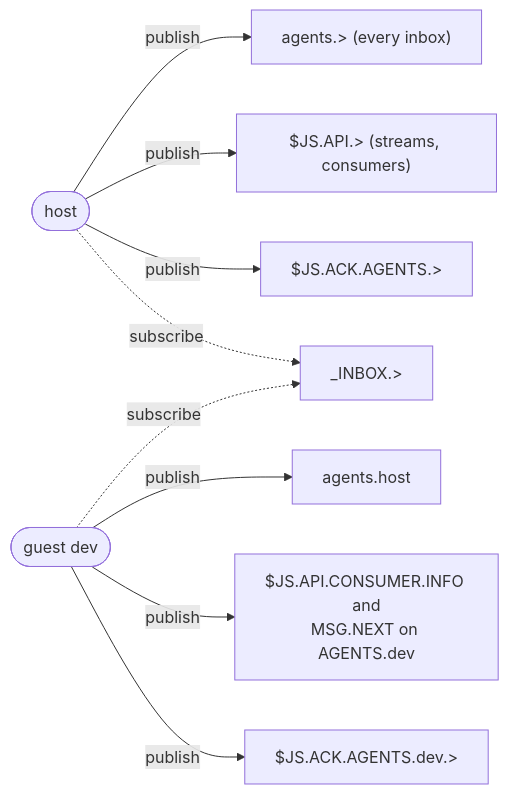
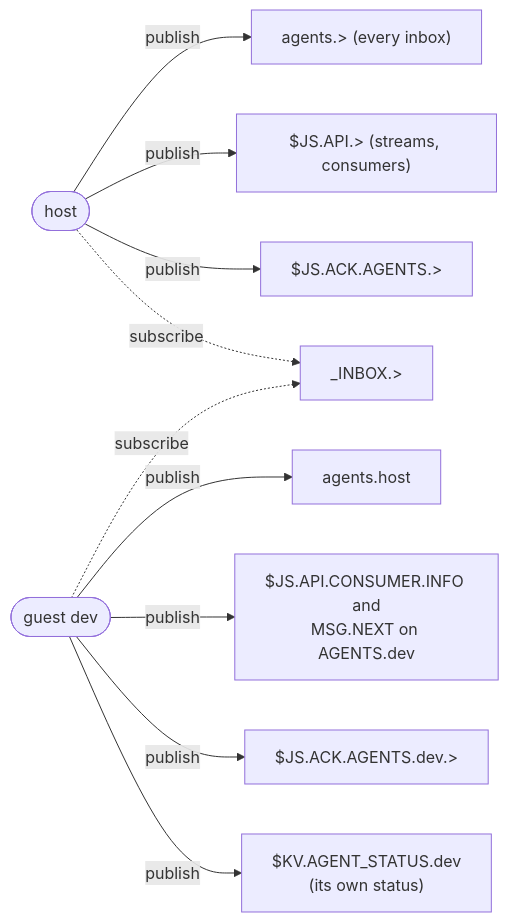
One commit to bwks/sherpa changed the seventh of 8 diagrams in docs/architecture/AGENT_BUS.md. Above: the diagram before and after it, drawn with Mermaid. The commit also changed other lines of this file and 8 other files, not shown here.

First line of the commit message:
feat(agent-bus): agents status command with guest heartbeats

````diff
--- a/docs/architecture/AGENT_BUS.md
+++ b/docs/architecture/AGENT_BUS.md
@@ -464,20 +465,22 @@
 ```mermaid
 flowchart LR
     host(["host"])
     dev(["guest dev"])
     allinboxes["agents.> (every inbox)"]
     hostinbox["agents.host"]
     jsapi["$JS.API.> (streams, consumers)"]
     devapi["$JS.API.CONSUMER.INFO and<br/>MSG.NEXT on AGENTS.dev"]
     allacks["$JS.ACK.AGENTS.>"]
     devack["$JS.ACK.AGENTS.dev.>"]
+    devstatus["$KV.AGENT_STATUS.dev<br/>(its own status)"]
     replies["_INBOX.>"]
     host -->|publish| allinboxes
     host -->|publish| jsapi
     host -->|publish| allacks
     dev -->|publish| hostinbox
     dev -->|publish| devapi
     dev -->|publish| devack
+    dev -->|publish| devstatus
     host -.->|subscribe| replies
     dev -.->|subscribe| replies
 ```
````
